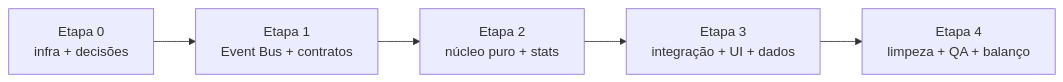
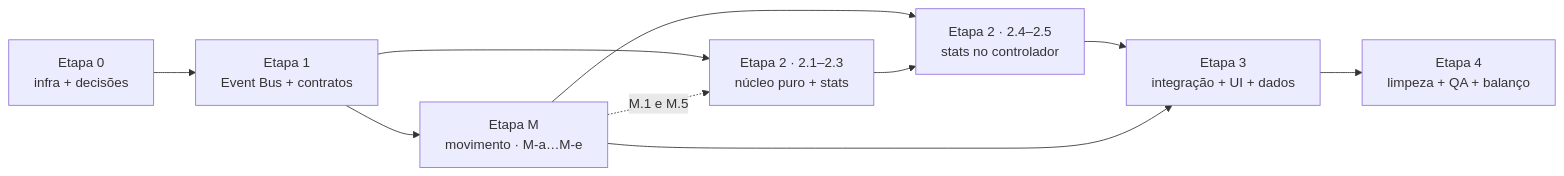
Before and after one commit to JvCodes76/Projetos-Grupo-5: the second of 2 diagrams in PLANO_REFACTOR_ROGUELIKE.md, drawn with Mermaid. The commit also changed other lines of this file and 1 other file, not shown here.

First line of the commit message:
[Docs] - Finaliza o plano de refactor roguelike com a Etapa M

````diff
--- a/PLANO_REFACTOR_ROGUELIKE.md
+++ b/PLANO_REFACTOR_ROGUELIKE.md
@@ -278,7 +491,12 @@
 ```mermaid
 flowchart LR
     E0[Etapa 0<br/>infra + decisões] --> E1[Etapa 1<br/>Event Bus + contratos]
-    E1 --> E2[Etapa 2<br/>núcleo puro + stats]
-    E2 --> E3[Etapa 3<br/>integração + UI + dados]
+    E1 --> EM[Etapa M<br/>movimento · M-a…M-e]
+    E1 --> E2A[Etapa 2 · 2.1–2.3<br/>núcleo puro + stats]
+    EM -.->|M.1 e M.5| E2A
+    EM --> E2B[Etapa 2 · 2.4–2.5<br/>stats no controlador]
+    E2A --> E2B
+    E2B --> E3[Etapa 3<br/>integração + UI + dados]
+    EM --> E3
     E3 --> E4[Etapa 4<br/>limpeza + QA + balanço]
 ```
````
